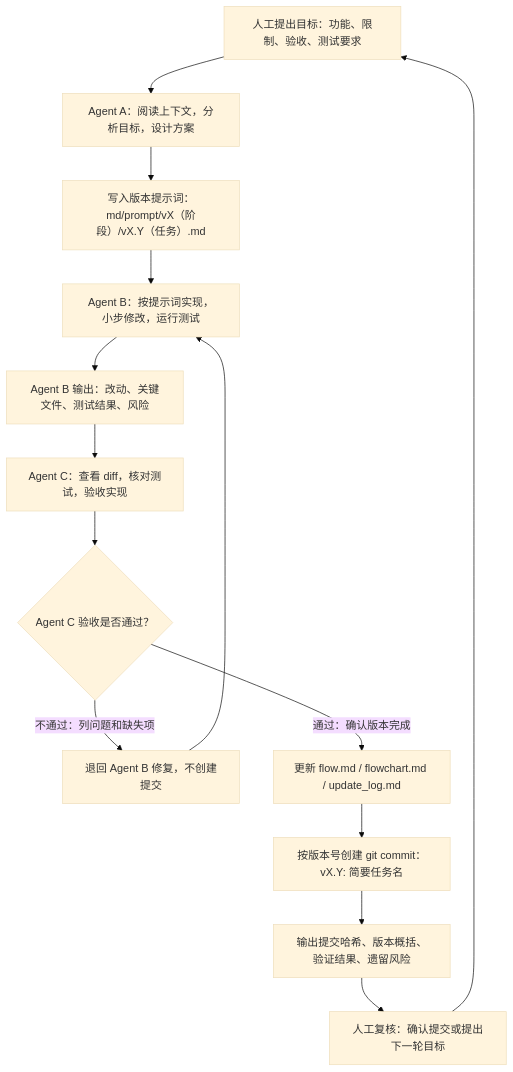
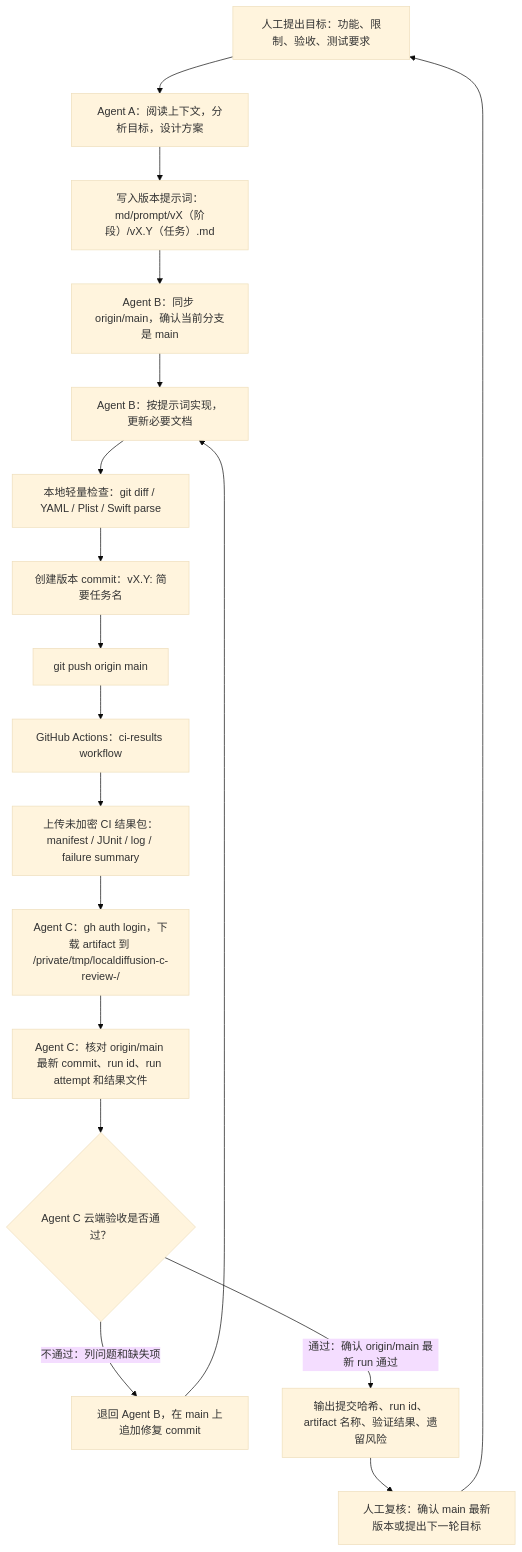
One commit to Altman-sam114/118 changed the fourth of 6 diagrams in md/flow/flowchart.md. Above: the diagram before and after it, drawn with Mermaid (base theme). The commit also changed other lines of this file and 8 other files, not shown here.

````diff
--- a/md/flow/flowchart.md
+++ b/md/flow/flowchart.md
@@ -76,16 +76,20 @@
 ```mermaid
 flowchart TD
   H["人工提出目标：功能、限制、验收、测试要求"] --> A1["Agent A：阅读上下文，分析目标，设计方案"]
   A1 --> P["写入版本提示词：md/prompt/vX（阶段）/vX.Y（任务）.md"]
-  P --> B1["Agent B：按提示词实现，小步修改，运行测试"]
-  B1 --> R["Agent B 输出：改动、关键文件、测试结果、风险"]
-  R --> C1["Agent C：查看 diff，核对测试，验收实现"]
-  C1 --> D{"Agent C 验收是否通过？"}
-  D -- "不通过：列问题和缺失项" --> FB["退回 Agent B 修复，不创建提交"]
+  P --> B0["Agent B：同步 origin/main，确认当前分支是 main"]
+  B0 --> B1["Agent B：按提示词实现，更新必要文档"]
+  B1 --> T["本地轻量检查：git diff / YAML / Plist / Swift parse"]
+  T --> G1["创建版本 commit：vX.Y: 简要任务名"]
+  G1 --> PUSH["git push origin main"]
+  PUSH --> ACT["GitHub Actions：ci-results workflow"]
+  ACT --> PKG["上传未加密 CI 结果包：manifest / JUnit / log / failure summary"]
+  PKG --> C0["Agent C：gh auth login，下载 artifact 到 /private/tmp/localdiffusion-c-review-<run_id>/"]
+  C0 --> C1["Agent C：核对 origin/main 最新 commit、run id、run attempt 和结果文件"]
+  C1 --> D{"Agent C 云端验收是否通过？"}
+  D -- "不通过：列问题和缺失项" --> FB["退回 Agent B，在 main 上追加修复 commit"]
   FB --> B1
-  D -- "通过：确认版本完成" --> F["更新 flow.md / flowchart.md / update_log.md"]
-  F --> G["按版本号创建 git commit：vX.Y: 简要任务名"]
-  G --> S["输出提交哈希、版本概括、验证结果、遗留风险"]
-  S --> H2["人工复核：确认提交或提出下一轮目标"]
+  D -- "通过：确认 origin/main 最新 run 通过" --> S["输出提交哈希、run id、artifact 名称、验证结果、遗留风险"]
+  S --> H2["人工复核：确认 main 最新版本或提出下一轮目标"]
   H2 --> H
 ```
````
